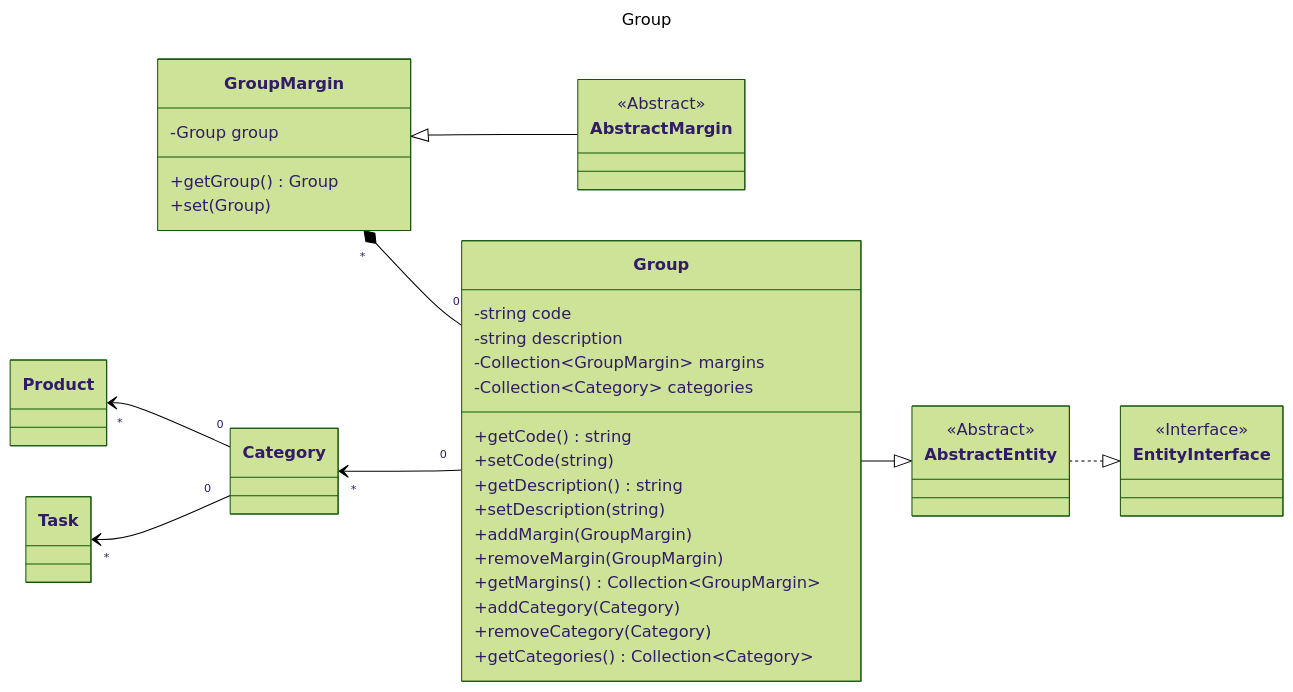
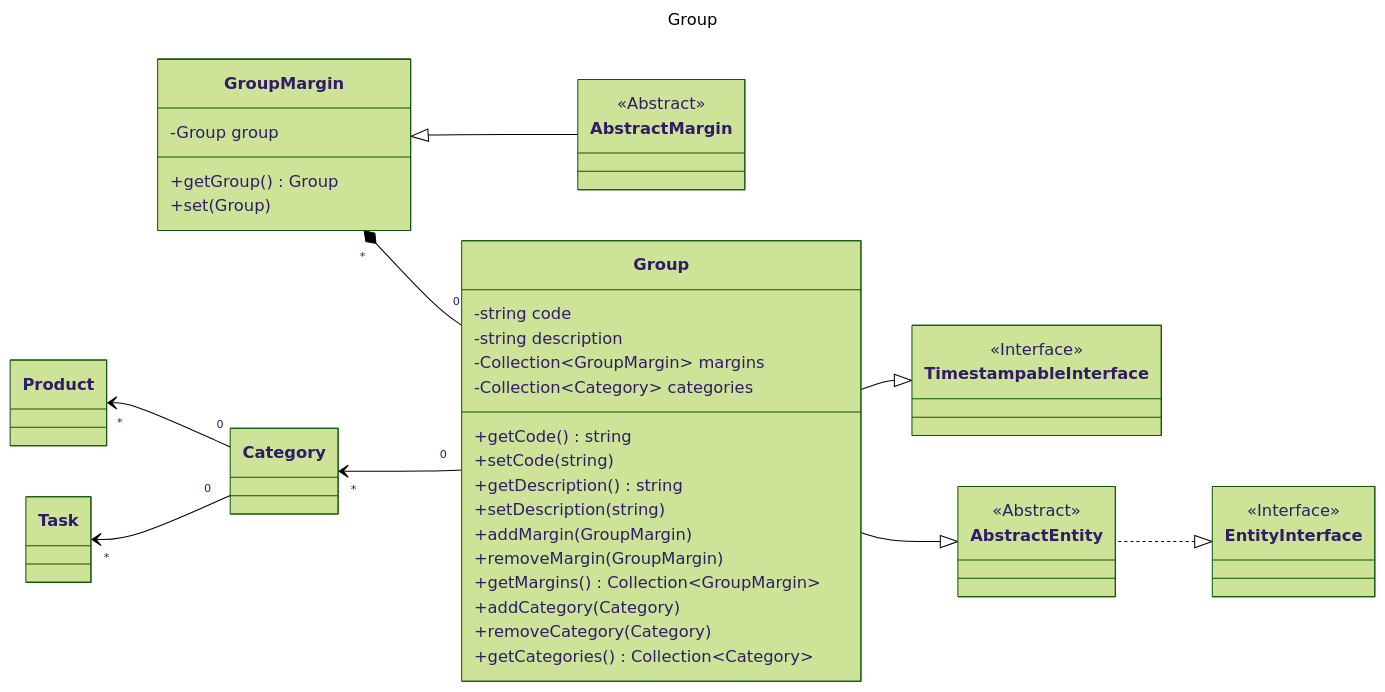
One commit to laurentmuller/calculation changed the diagram in resources/diagram/group.mmd. Above: the diagram before and after it, drawn with Mermaid (forest theme). The commit also changed 45 other files, not shown here.

Commit message:
Added diagram theme. Added PDF memory images trait.

```diff
--- a/resources/diagram/group.mmd
+++ b/resources/diagram/group.mmd
@@ -1,64 +1,61 @@
 ---
 title: Group
 ---
 
 classDiagram
     direction RL
 
     class Group {
         -string code
         -string description
         -Collection~GroupMargin~ margins
         -Collection~Category~ categories
         +getCode() string
         +setCode(string)
         +getDescription() string
         +setDescription(string)
         +addMargin(GroupMargin)
         +removeMargin(GroupMargin)
         +getMargins() Collection~GroupMargin~
         +addCategory(Category)
         +removeCategory(Category)
         +getCategories() Collection~Category~
     }
 
     class GroupMargin {
         -Group group
         +getGroup() Group
         +set(Group)
     }
 
     class AbstractMargin {
         <<Abstract>>
     }
 
-    class Category {
-    }
-
-    class Product {
-    }
-
-    class Task {
-    }
-
     class AbstractEntity {
         <<Abstract>>
     }
     class EntityInterface {
+        <<Interface>>
+    }
+
+    class TimestampableInterface {
         <<Interface>>
     }
 
     EntityInterface <|.. AbstractEntity
     AbstractEntity <|-- Group
     Group "0" --* "*" GroupMargin
     Group "0" --> "*" Category
     AbstractMargin --|> GroupMargin
     Category "0" --> "*" Product
     Category "0" --> "*" Task
+    TimestampableInterface <|-- Group
 
     click EntityInterface call nodeCallback()
     click AbstractEntity call nodeCallback()
     click AbstractMargin call nodeCallback()
     click Category call nodeCallback()
     click Product call nodeCallback()
     click Task call nodeCallback()
+    click TimestampableInterface call nodeCallback()
```
